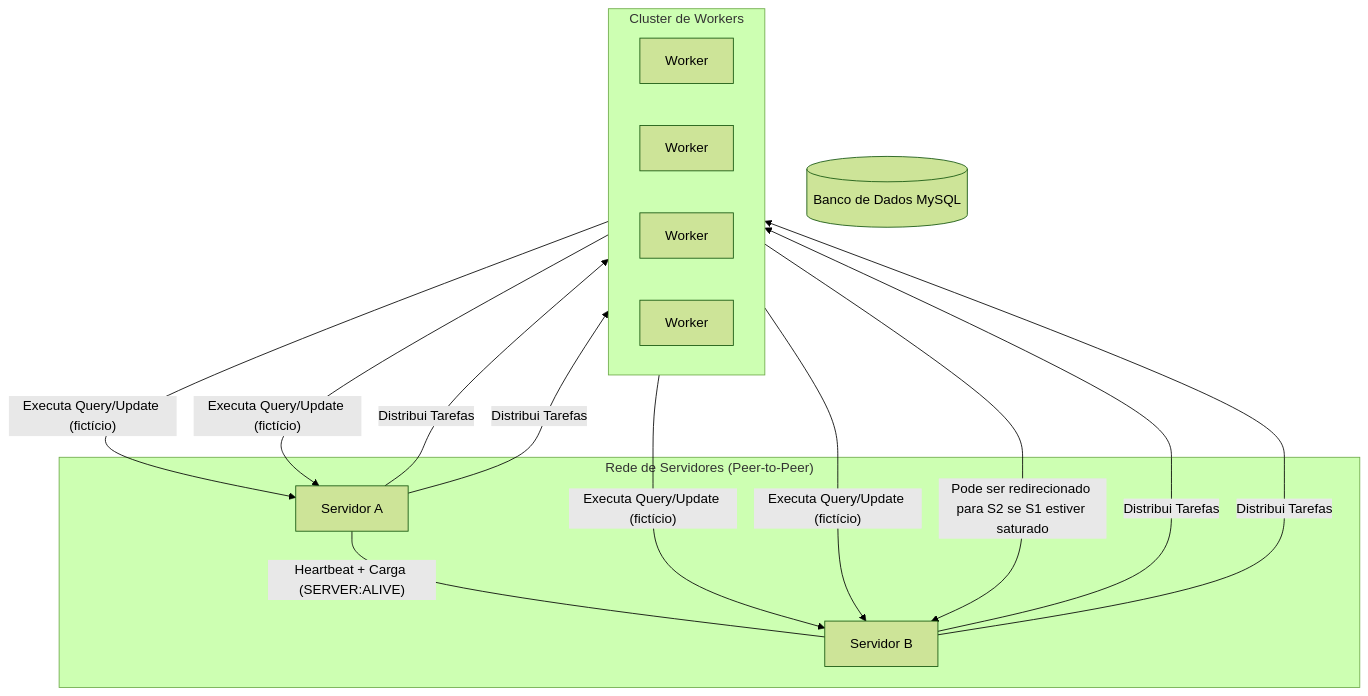
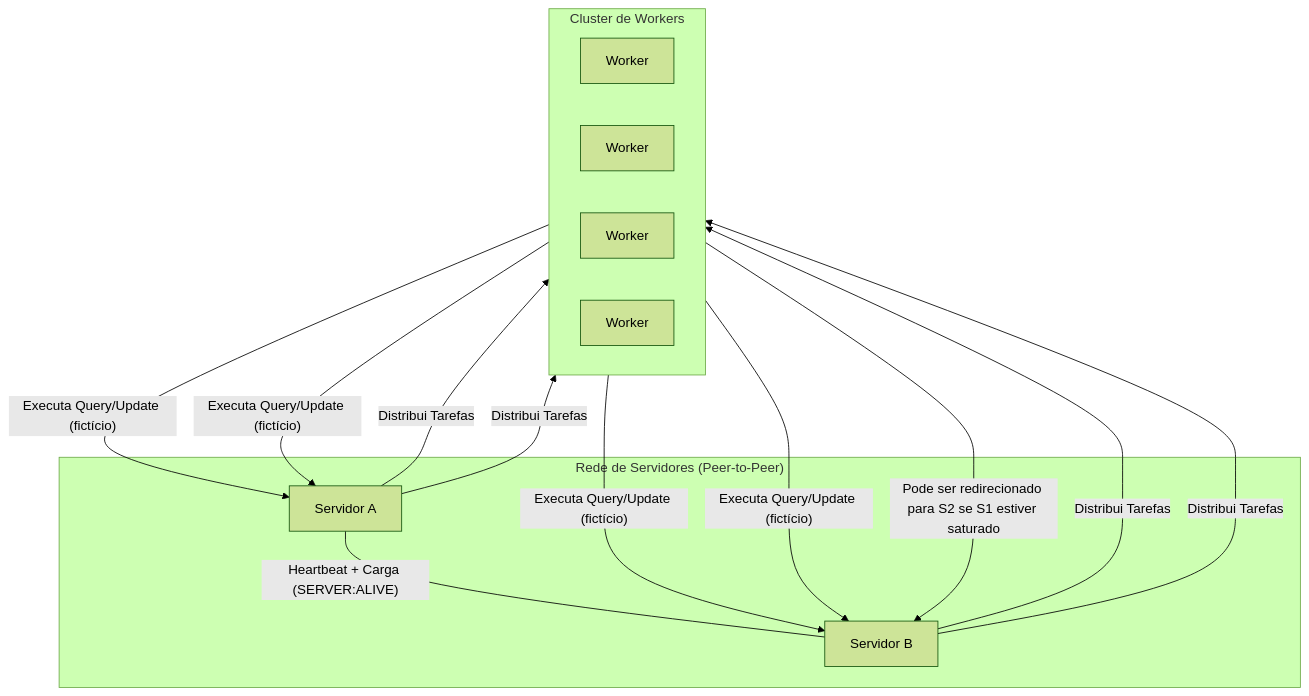
Before and after one commit to Jotagamaral/Arquitetura-de-Sistemas-Distribuidos-Grupo-1: the diagram in README.md, drawn with Mermaid (forest theme). The commit also changed other lines of this file, not shown here.

````diff
--- a/README.md
+++ b/README.md
@@ -48,30 +50,28 @@
 ```mermaid
 graph TD
     subgraph "Rede de Servidores (Peer-to-Peer)"
         S1[Servidor A]
         S2[Servidor B]
         S1 -- "Heartbeat + Carga (SERVER:ALIVE)" --- S2
     end
 
     subgraph "Cluster de Workers"
         direction LR
         W1[Worker]
         W2[Worker]
         W3[Worker]
         W4[Worker]
     end
 
-    DB[(Banco de Dados MySQL)]
-
         S1 -- "Distribui Tarefas" --> W1
         S1 -- "Distribui Tarefas" --> W2
         S2 -- "Distribui Tarefas" --> W3
         S2 -- "Distribui Tarefas" --> W4
 
         W1 -- "Executa Query/Update (fictício)" --> S1
         W2 -- "Executa Query/Update (fictício)" --> S1
         W3 -- "Executa Query/Update (fictício)" --> S2
         W4 -- "Executa Query/Update (fictício)" --> S2
 
         W1 -- "Pode ser redirecionado para S2 se S1 estiver saturado" --> S2
 ```
````
